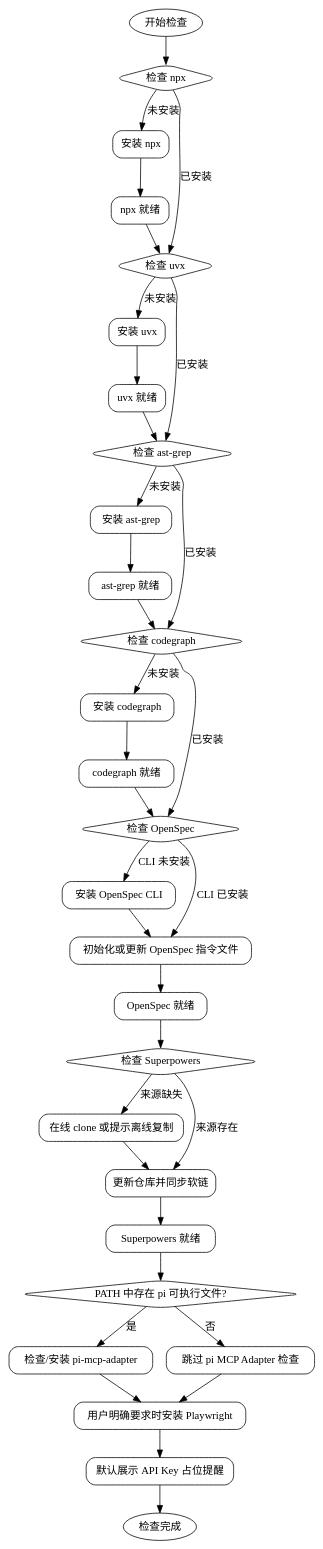
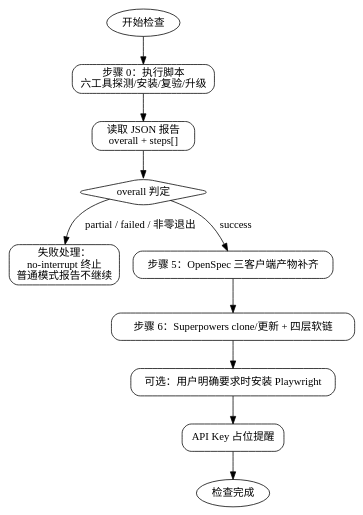
Before and after one commit to michaelChe956/Cadence-skills: the second of 2 diagrams in cadence-init/skills/pre-check/SKILL.md, drawn with Graphviz. The commit also changed other lines of this file, not shown here.

Commit message:
fix(cadence-init): SKILL.md 报告路径显式变量化、检查流程图对齐脚本化

````diff
--- a/cadence-init/skills/pre-check/SKILL.md
+++ b/cadence-init/skills/pre-check/SKILL.md
@@ -131,81 +131,27 @@
 ```dot
 digraph check_flow {
     rankdir=TB;
     node [shape=box, style="rounded"];
 
     start [label="开始检查", shape=ellipse];
-
-    check_npx [label="检查 npx", shape=diamond];
-    install_npx [label="安装 npx"];
-    npx_done [label="npx 就绪"];
-
-    check_uvx [label="检查 uvx", shape=diamond];
-    install_uvx [label="安装 uvx"];
-    uvx_done [label="uvx 就绪"];
-
-    check_ast_grep [label="检查 ast-grep", shape=diamond];
-    install_ast_grep [label="安装 ast-grep"];
-    ast_grep_done [label="ast-grep 就绪"];
-
-    check_codegraph [label="检查 codegraph", shape=diamond];
-    install_codegraph [label="安装 codegraph"];
-    codegraph_done [label="codegraph 就绪"];
-
-    check_openspec [label="检查 OpenSpec", shape=diamond];
-    install_openspec [label="安装 OpenSpec CLI"];
-    sync_openspec [label="初始化或更新 OpenSpec 指令文件"];
-    openspec_done [label="OpenSpec 就绪"];
-
-    check_superpowers [label="检查 Superpowers", shape=diamond];
-    clone_superpowers [label="在线 clone 或提示离线复制"];
-    sync_superpowers [label="更新仓库并同步软链"];
-    superpowers_done [label="Superpowers 就绪"];
-
-    check_pi_mcp [label="PATH 中存在 pi 可执行文件?", shape=diamond];
-    install_pi_mcp [label="检查/安装 pi-mcp-adapter"];
-    skip_pi_mcp [label="跳过 pi MCP Adapter 检查"];
-    optional_playwright [label="用户明确要求时安装 Playwright", shape=box];
-    remind_apikey [label="默认展示 API Key 占位提醒"];
-
+    run_script [label="步骤 0：执行脚本\n六工具探测/安装/复验/升级"];
+    read_report [label="读取 JSON 报告\noverall + steps[]"];
+    judge [label="overall 判定", shape=diamond];
+    fail_stop [label="失败处理：\nno-interrupt 终止\n普通模式报告不继续"];
+    openspec_clients [label="步骤 5：OpenSpec 三客户端产物补齐"];
+    superpowers_sync [label="步骤 6：Superpowers clone/更新 + 四层软链"];
+    playwright [label="可选：用户明确要求时安装 Playwright", shape=box];
+    apikey [label="API Key 占位提醒"];
     end [label="检查完成", shape=ellipse];
 
-    start -> check_npx;
-    check_npx -> install_npx [label="未安装"];
-    check_npx -> check_uvx [label="已安装"];
-    install_npx -> npx_done;
-    npx_done -> check_uvx;
-
-    check_uvx -> install_uvx [label="未安装"];
-    check_uvx -> check_ast_grep [label="已安装"];
-    install_uvx -> uvx_done;
-    uvx_done -> check_ast_grep;
-
-    check_ast_grep -> install_ast_grep [label="未安装"];
-    check_ast_grep -> check_codegraph [label="已安装"];
-    install_ast_grep -> ast_grep_done;
-    ast_grep_done -> check_codegraph;
-
-    check_codegraph -> install_codegraph [label="未安装"];
-    check_codegraph -> check_openspec [label="已安装"];
-    install_codegraph -> codegraph_done;
-    codegraph_done -> check_openspec;
-
-    check_openspec -> install_openspec [label="CLI 未安装"];
-    check_openspec -> sync_openspec [label="CLI 已安装"];
-    install_openspec -> sync_openspec;
-    sync_openspec -> openspec_done;
-    openspec_done -> check_superpowers;
-
-    check_superpowers -> clone_superpowers [label="来源缺失"];
-    check_superpowers -> sync_superpowers [label="来源存在"];
-    clone_superpowers -> sync_superpowers;
-    sync_superpowers -> superpowers_done;
-    superpowers_done -> check_pi_mcp;
-    check_pi_mcp -> install_pi_mcp [label="是"];
-    check_pi_mcp -> skip_pi_mcp [label="否"];
-    install_pi_mcp -> optional_playwright;
-    skip_pi_mcp -> optional_playwright;
-    optional_playwright -> remind_apikey;
-    remind_apikey -> end;
+    start -> run_script;
+    run_script -> read_report;
+    read_report -> judge;
+    judge -> fail_stop [label="partial / failed / 非零退出"];
+    judge -> openspec_clients [label="success"];
+    openspec_clients -> superpowers_sync;
+    superpowers_sync -> playwright;
+    playwright -> apikey;
+    apikey -> end;
 }
 ```
````
